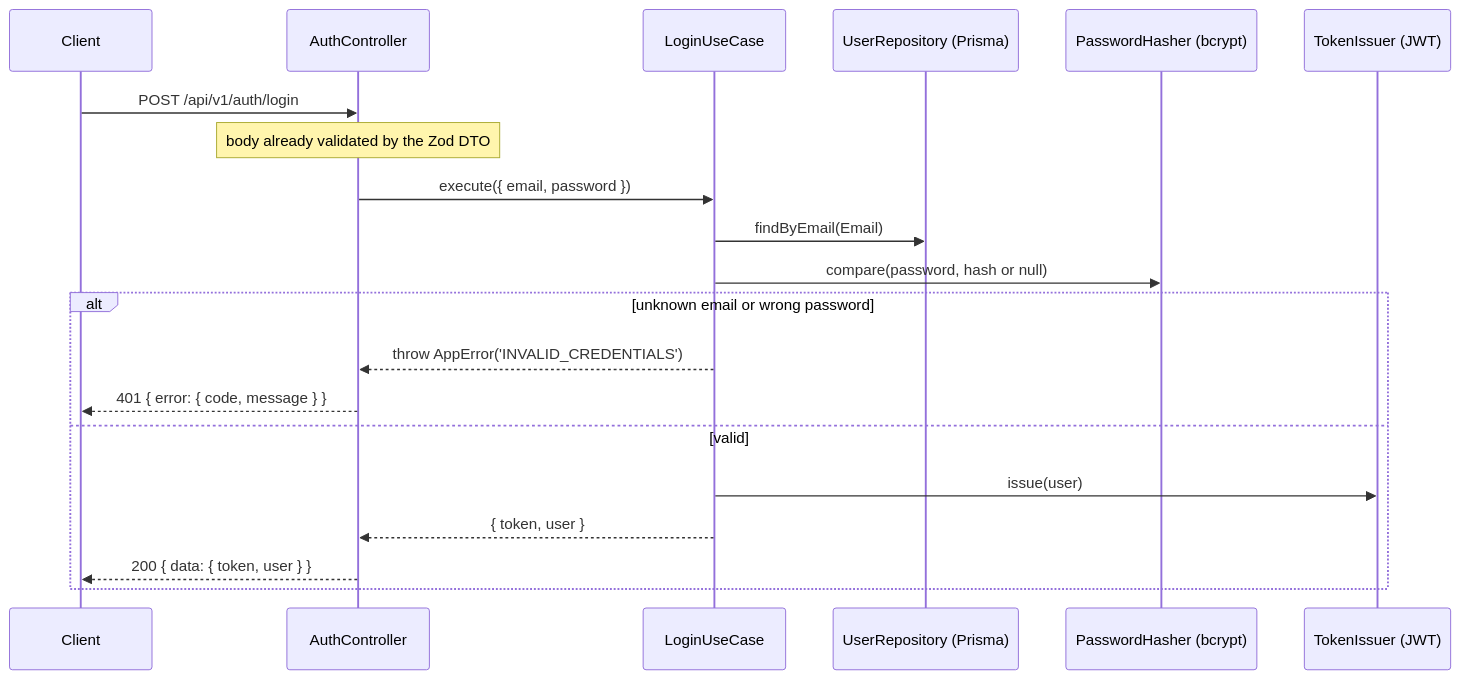
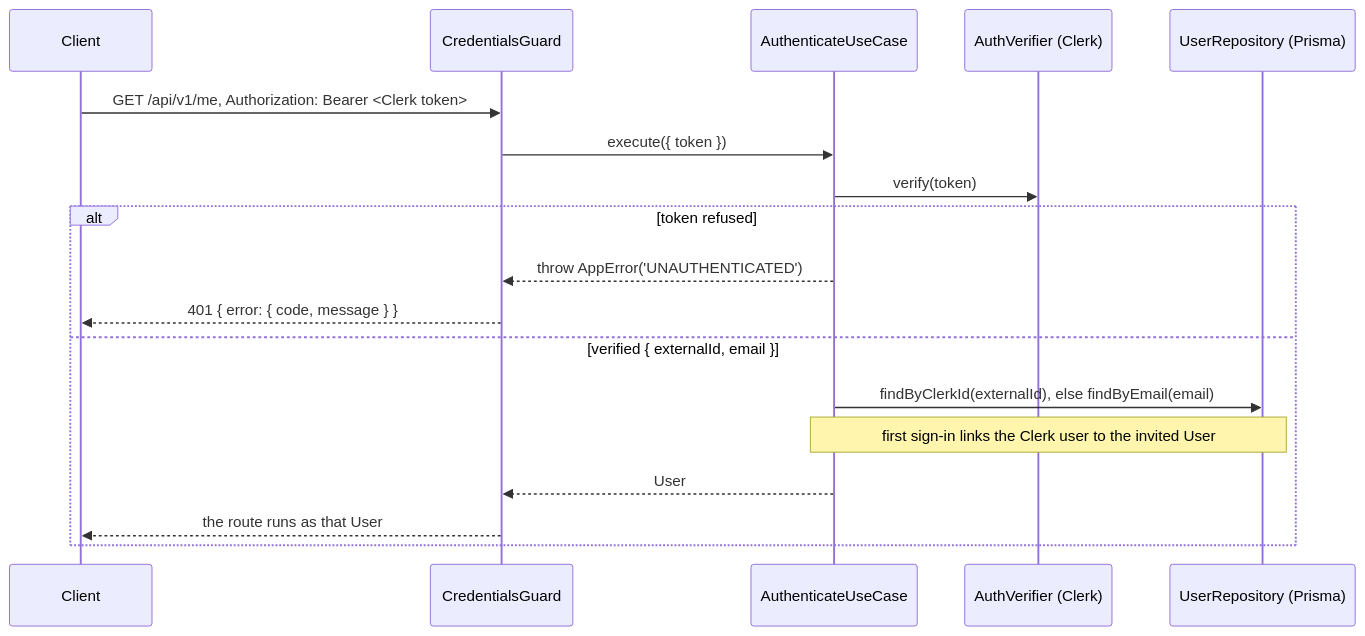
Before and after one commit to penteado40/events-api: the second of 2 diagrams in README.md, drawn with Mermaid. The commit also changed other lines of this file and 75 other files, not shown here.

First line of the commit message:
feat: remove o login próprio, a senha, o JWT e o bcrypt (PROJ-164)

````diff
--- a/README.md
+++ b/README.md
@@ -49,22 +49,20 @@
 ```mermaid
 sequenceDiagram
   participant C as Client
-  participant Ctrl as AuthController
-  participant UC as LoginUseCase
+  participant G as CredentialsGuard
+  participant UC as AuthenticateUseCase
+  participant V as AuthVerifier (Clerk)
   participant R as UserRepository (Prisma)
-  participant H as PasswordHasher (bcrypt)
-  participant T as TokenIssuer (JWT)
-  C->>Ctrl: POST /api/v1/auth/login
-  Note over Ctrl: body already validated by the Zod DTO
-  Ctrl->>UC: execute({ email, password })
-  UC->>R: findByEmail(Email)
-  UC->>H: compare(password, hash or null)
-  alt unknown email or wrong password
-    UC-->>Ctrl: throw AppError('INVALID_CREDENTIALS')
-    Ctrl-->>C: 401 { error: { code, message } }
-  else valid
-    UC->>T: issue(user)
-    UC-->>Ctrl: { token, user }
-    Ctrl-->>C: 200 { data: { token, user } }
+  C->>G: GET /api/v1/me, Authorization: Bearer <Clerk token>
+  G->>UC: execute({ token })
+  UC->>V: verify(token)
+  alt token refused
+    UC-->>G: throw AppError('UNAUTHENTICATED')
+    G-->>C: 401 { error: { code, message } }
+  else verified { externalId, email }
+    UC->>R: findByClerkId(externalId), else findByEmail(email)
+    Note over UC,R: first sign-in links the Clerk user to the invited User
+    UC-->>G: User
+    G-->>C: the route runs as that User
   end
 ```
````
